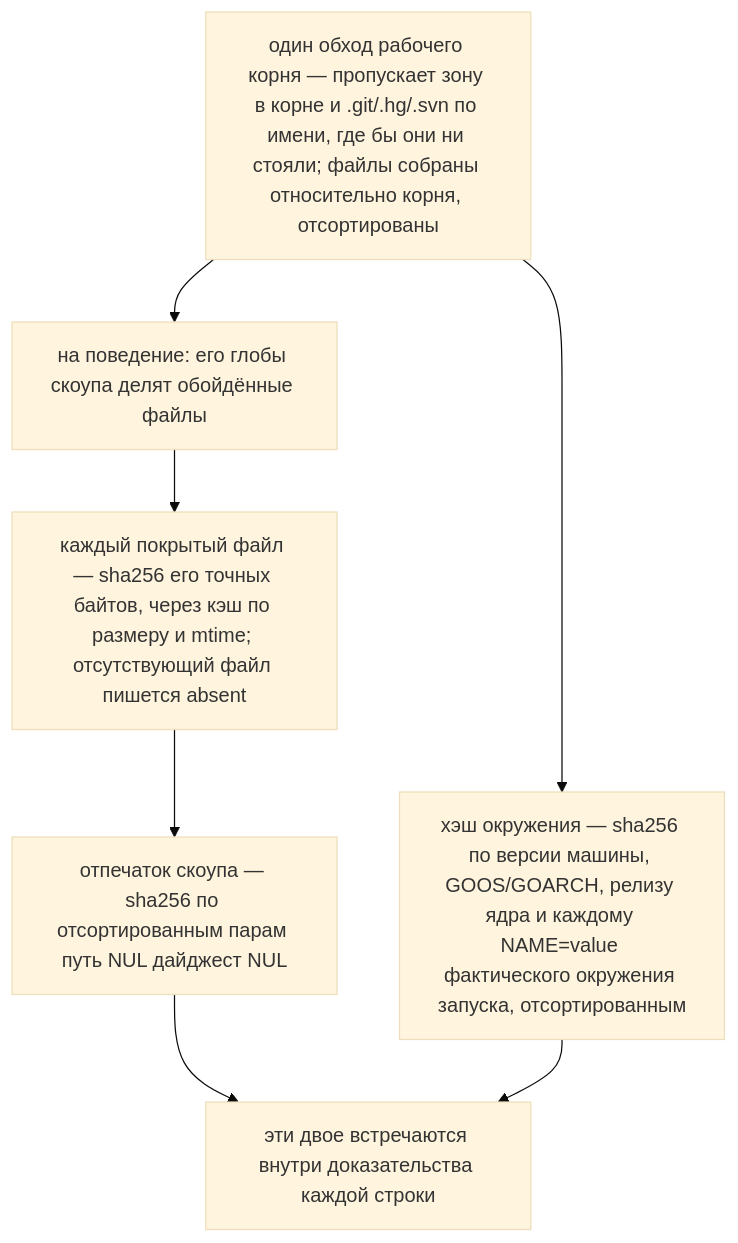
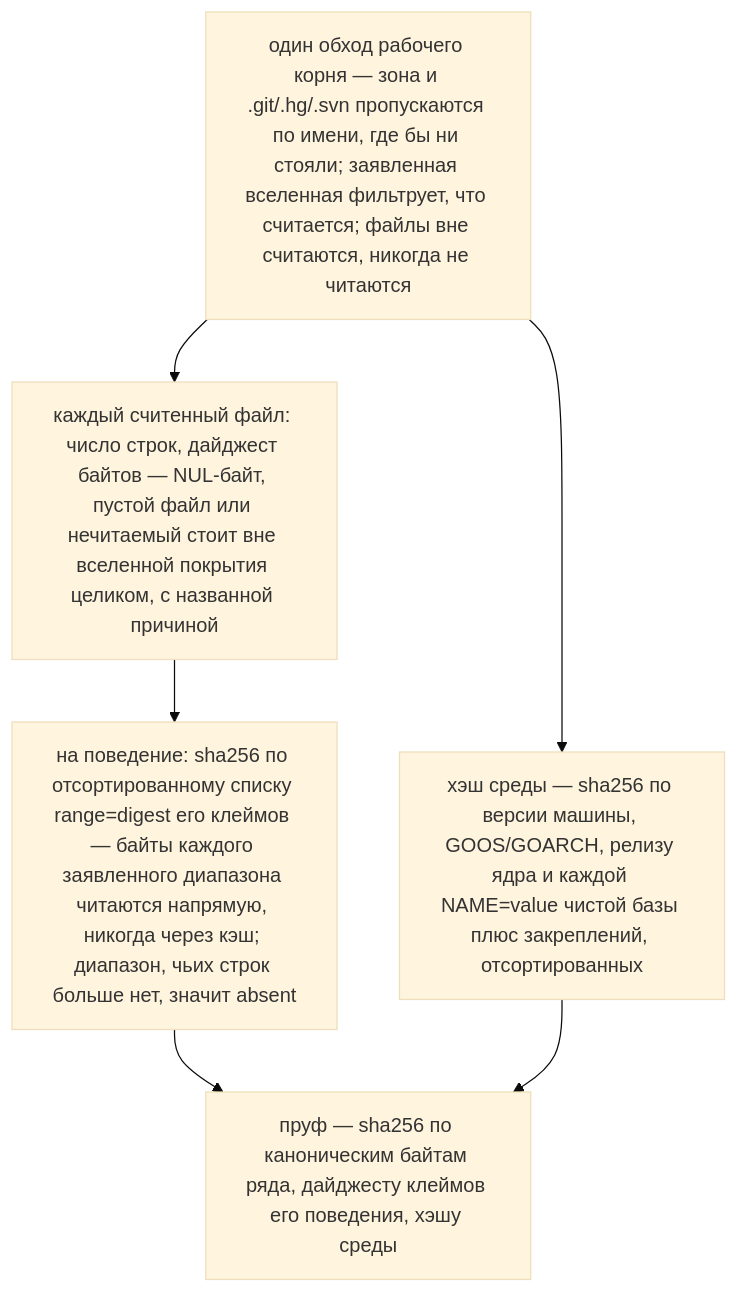
One commit to neurophant/punchtape changed the fifth of 9 diagrams in docs/ARCHITECTURE.ru.md. Above: the diagram before and after it, drawn with Mermaid (base theme). The commit also changed other lines of this file and 80 other files, not shown here.

````diff
--- a/docs/ARCHITECTURE.ru.md
+++ b/docs/ARCHITECTURE.ru.md
@@ -375,9 +507,8 @@
 ```mermaid
 flowchart TD
-    W["один обход рабочего корня — пропускает зону в корне и .git/.hg/.svn по имени, где бы они ни стояли; файлы собраны относительно корня, отсортированы"] --> SC["на поведение: его глобы скоупа делят обойдённые файлы"]
-    SC --> FD["каждый покрытый файл — sha256 его точных байтов, через кэш по размеру и mtime; отсутствующий файл пишется absent"]
-    FD --> SF["отпечаток скоупа — sha256 по отсортированным парам путь NUL дайджест NUL"]
-    W --> EH["хэш окружения — sha256 по версии машины, GOOS/GOARCH, релизу ядра и каждому NAME=value фактического окружения запуска, отсортированным"]
-    SF --> PR["эти двое встречаются внутри доказательства каждой строки"]
+    W["один обход рабочего корня — зона и .git/.hg/.svn пропускаются по имени, где бы ни стояли; заявленная вселенная фильтрует, что считается; файлы вне считаются, никогда не читаются"] --> LC["каждый считенный файл: число строк, дайджест байтов — NUL-байт, пустой файл или нечитаемый стоит вне вселенной покрытия целиком, с названной причиной"]
+    LC --> CD["на поведение: sha256 по отсортированному списку range=digest его клеймов — байты каждого заявленного диапазона читаются напрямую, никогда через кэш; диапазон, чьих строк больше нет, значит absent"]
+    W --> EH["хэш среды — sha256 по версии машины, GOOS/GOARCH, релизу ядра и каждой NAME=value чистой базы плюс закреплений, отсортированных"]
+    CD --> PR["пруф — sha256 по каноническим байтам ряда, дайджесту клеймов его поведения, хэшу среды"]
     EH --> PR
 ```
````
